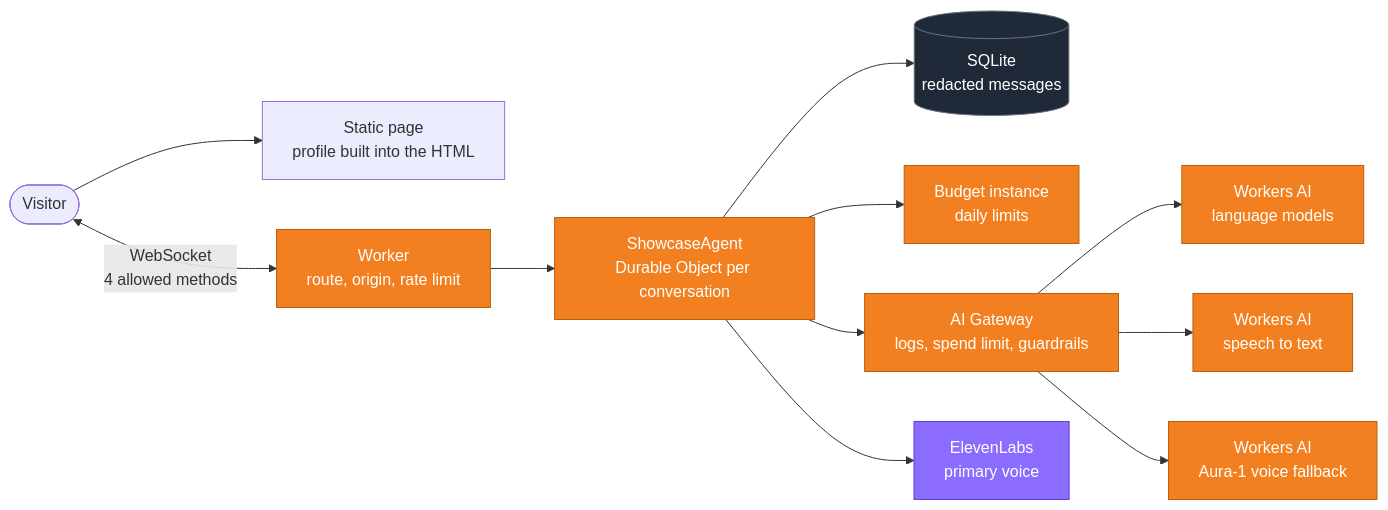
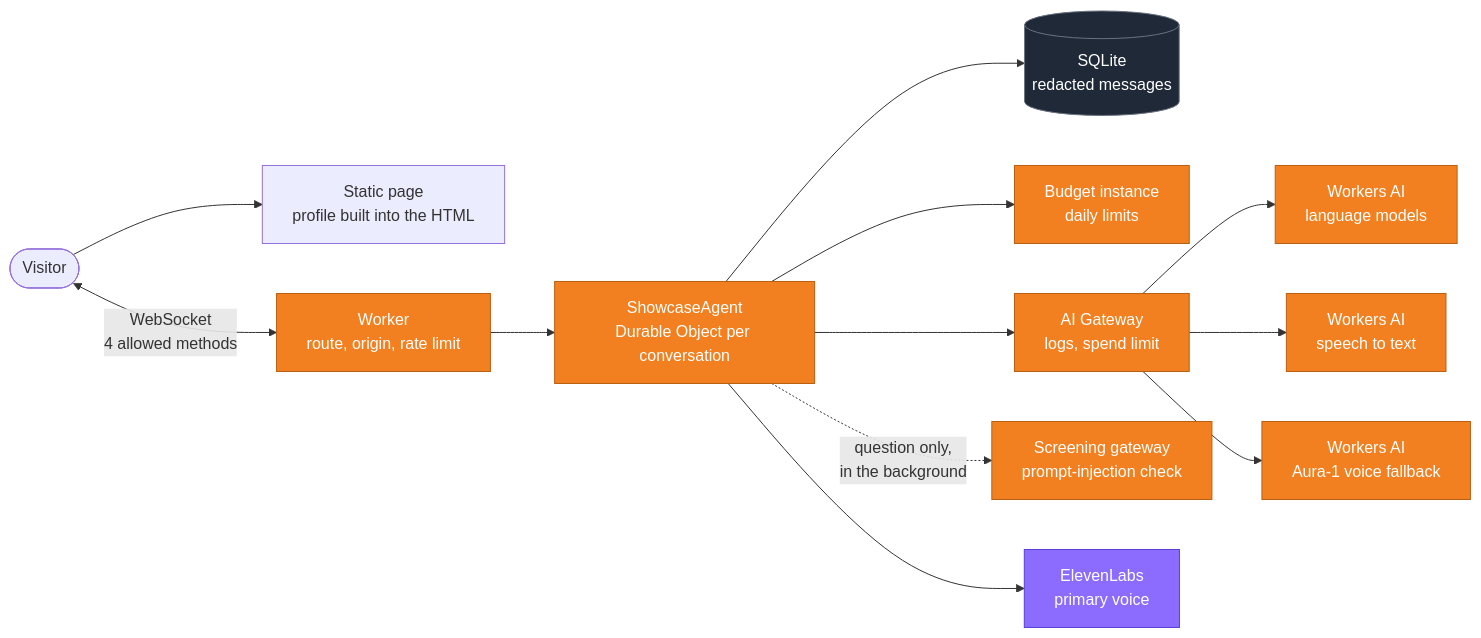
Before and after one commit to bartrumb/cf_ai_ask_brett: the first of 5 diagrams in README.md, drawn with Mermaid. The commit also changed other lines of this file and 12 other files, not shown here.

First line of the commit message:
Screening: check only the visitor's words for prompt injection

````diff
--- a/README.md
+++ b/README.md
@@ -67,20 +67,21 @@
 ```mermaid
 flowchart LR
   V(["Visitor"]) --> P["Static page<br/>profile built into the HTML"]
   V <-->|"WebSocket<br/>4 allowed methods"| W["Worker<br/>route, origin, rate limit"]
   W --> A["ShowcaseAgent<br/>Durable Object per conversation"]
   A --> SQL[("SQLite<br/>redacted messages")]
   A --> B["Budget instance<br/>daily limits"]
-  A --> G["AI Gateway<br/>logs, spend limit, guardrails"]
+  A --> G["AI Gateway<br/>logs, spend limit"]
+  A -.->|"question only,<br/>in the background"| SG["Screening gateway<br/>prompt-injection check"]
   G --> LLM["Workers AI<br/>language models"]
   G --> STT["Workers AI<br/>speech to text"]
   G --> FB["Workers AI<br/>Aura-1 voice fallback"]
   A --> EL["ElevenLabs<br/>primary voice"]
 
   classDef cf fill:#F38020,stroke:#B85F10,color:#fff
   classDef store fill:#1F2937,stroke:#6B7280,color:#fff
   classDef ext fill:#8B6CFF,stroke:#5B3FD6,color:#fff
-  class W,A,B,G,LLM,STT,FB cf
+  class W,A,B,G,SG,LLM,STT,FB cf
   class SQL store
   class EL ext
 ```
````
